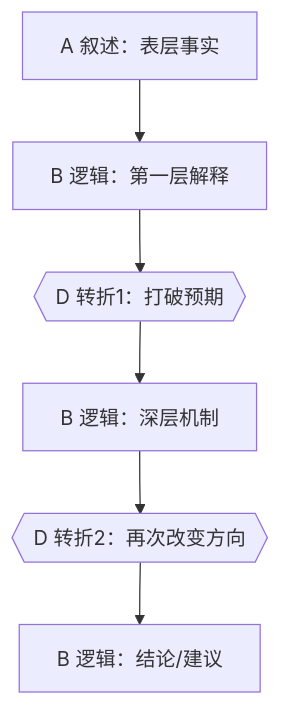
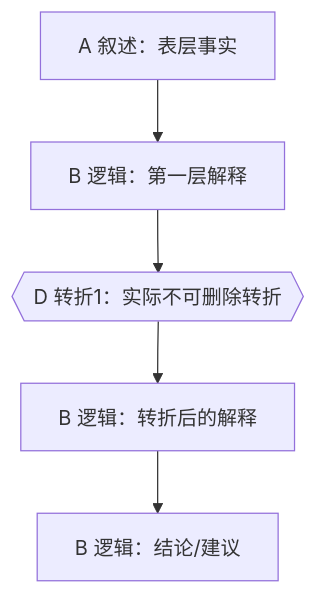
The diagram in skills/madugong-content-analyzer/SKILL.md (liusining/mdg-media-skills), drawn with Mermaid before and after one commit. The commit also changed other lines of this file and 3 other files, not shown here.

````diff
--- a/skills/madugong-content-analyzer/SKILL.md
+++ b/skills/madugong-content-analyzer/SKILL.md
@@ -127,8 +130,7 @@
 ```mermaid
 flowchart TD
   A1["A 叙述：表层事实"] --> B1["B 逻辑：第一层解释"]
-  B1 --> D1{{"D 转折1：打破预期"}}
-  D1 --> B2["B 逻辑：深层机制"]
-  B2 --> D2{{"D 转折2：再次改变方向"}}
-  D2 --> B3["B 逻辑：结论/建议"]
+  B1 --> D1{{"D 转折1：实际不可删除转折"}}
+  D1 --> B2["B 逻辑：转折后的解释"]
+  B2 --> B3["B 逻辑：结论/建议"]
 ```
````
